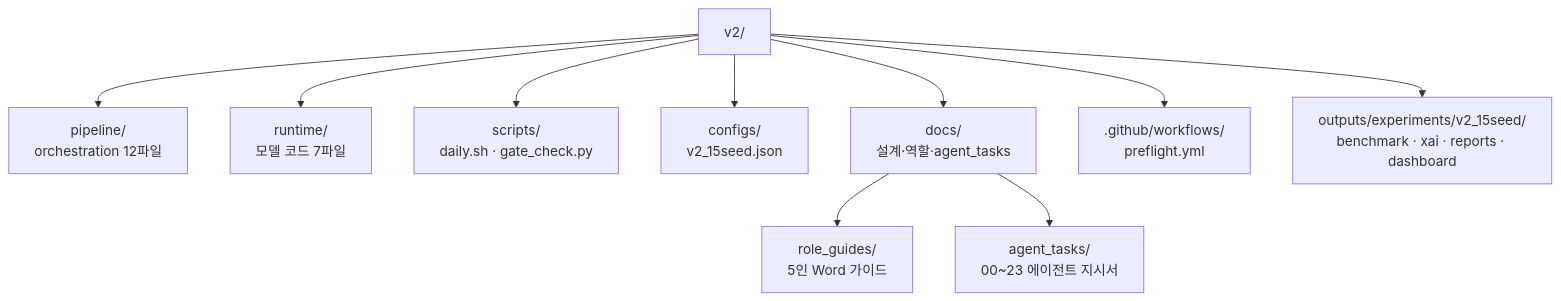
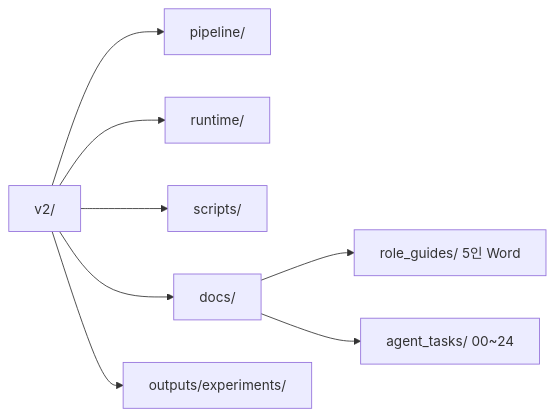
One commit to WinterFlw/Big_data_Programming changed diagram 17 of 17 in v2/docs/24_architecture.md. Above: the diagram before and after it, drawn with Mermaid. The commit also changed other lines of this file, not shown here.

First line of the commit message:
docs(v2): 아키텍처 Mermaid 전면 재작성 — 흐름 직관화

````diff
--- a/v2/docs/24_architecture.md
+++ b/v2/docs/24_architecture.md
@@ -508,13 +220,10 @@
 ```mermaid
-flowchart TD
-    v2["v2/"] --> pipeline["pipeline/<br/>orchestration 12파일"]
-    v2 --> runtime["runtime/<br/>모델 코드 7파일"]
-    v2 --> scripts["scripts/<br/>daily.sh · gate_check.py"]
-    v2 --> configs["configs/<br/>v2_15seed.json"]
-    v2 --> docs["docs/<br/>설계·역할·agent_tasks"]
-    v2 --> gh[".github/workflows/<br/>preflight.yml"]
-    v2 --> outputs["outputs/experiments/v2_15seed/<br/>benchmark · xai · reports · dashboard"]
-
-    docs --> roleGuides["role_guides/<br/>5인 Word 가이드"]
-    docs --> agentTasks["agent_tasks/<br/>00~23 에이전트 지시서"]
+flowchart LR
+    v2[v2/] --> pipeline[pipeline/]
+    v2 --> runtime[runtime/]
+    v2 --> scripts[scripts/]
+    v2 --> docs[docs/]
+    v2 --> outputs[outputs/experiments/]
+    docs --> rg[role_guides/ 5인 Word]
+    docs --> at[agent_tasks/ 00~24]
 ```
````
